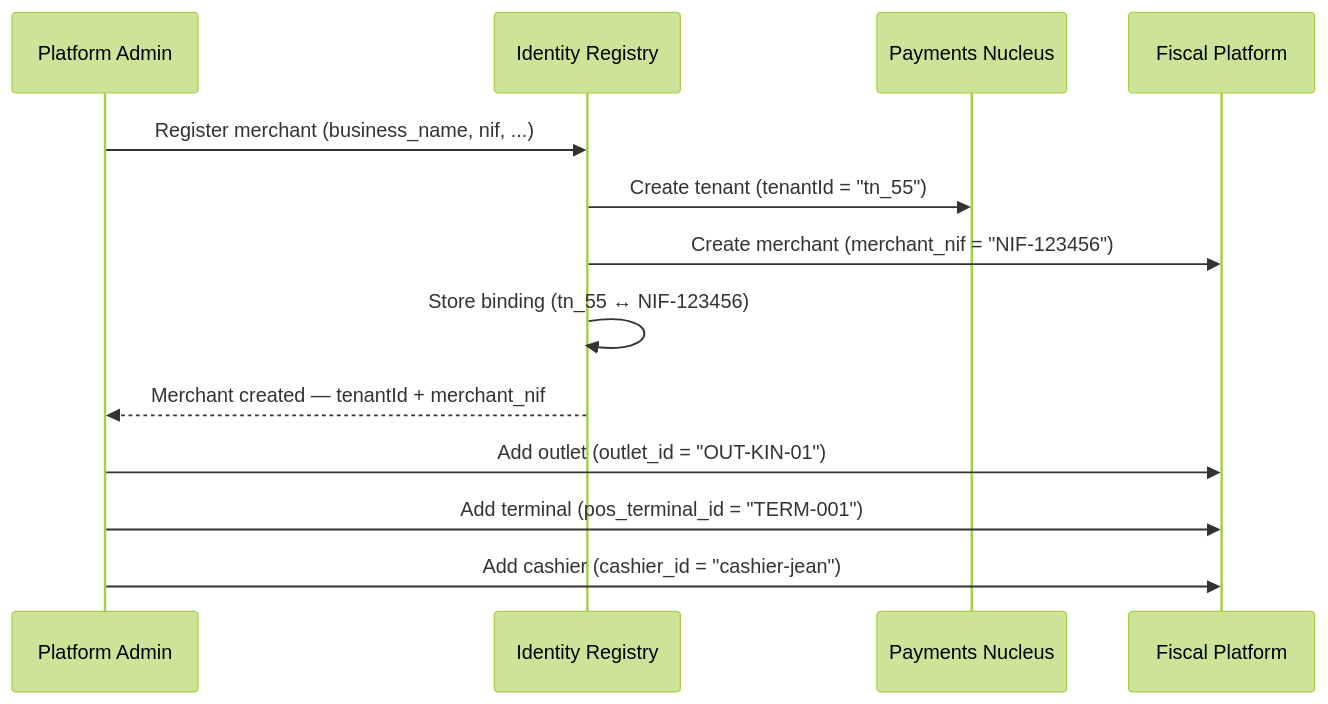
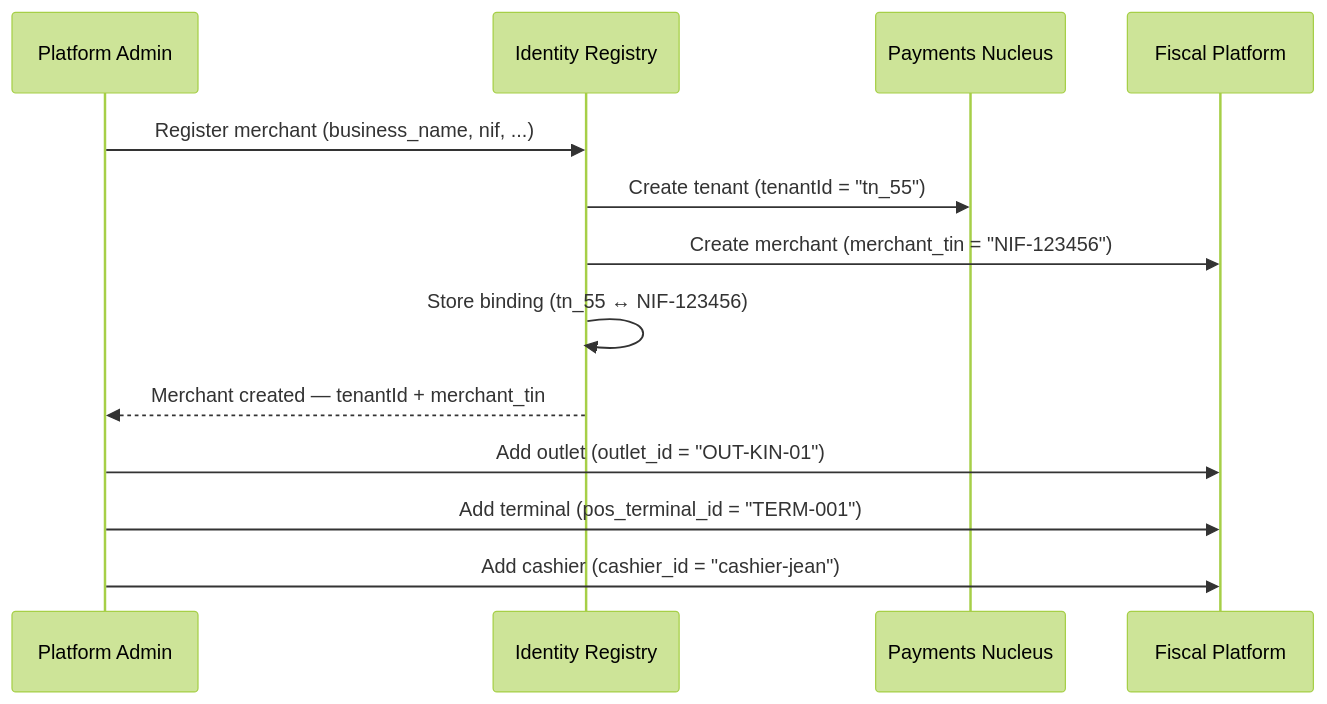
The diagram in docs/30-integration/merchant-identity.md (stalela/stalela-docs), drawn with Mermaid (forest theme) before and after one commit. The commit also changed other lines of this file and 233 other files, not shown here.

````diff
--- a/docs/30-integration/merchant-identity.md
+++ b/docs/30-integration/merchant-identity.md
@@ -45,17 +45,17 @@
 ```mermaid
 sequenceDiagram
     participant Admin as Platform Admin
     participant REG as Identity Registry
     participant PAY as Payments Nucleus
     participant FIS as Fiscal Platform
 
     Admin->>REG: Register merchant (business_name, nif, ...)
     REG->>PAY: Create tenant (tenantId = "tn_55")
-    REG->>FIS: Create merchant (merchant_nif = "NIF-123456")
+    REG->>FIS: Create merchant (merchant_tin = "NIF-123456")
     REG->>REG: Store binding (tn_55 ↔ NIF-123456)
-    REG-->>Admin: Merchant created — tenantId + merchant_nif
+    REG-->>Admin: Merchant created — tenantId + merchant_tin
 
     Admin->>FIS: Add outlet (outlet_id = "OUT-KIN-01")
     Admin->>FIS: Add terminal (pos_terminal_id = "TERM-001")
     Admin->>FIS: Add cashier (cashier_id = "cashier-jean")
 ```
````
